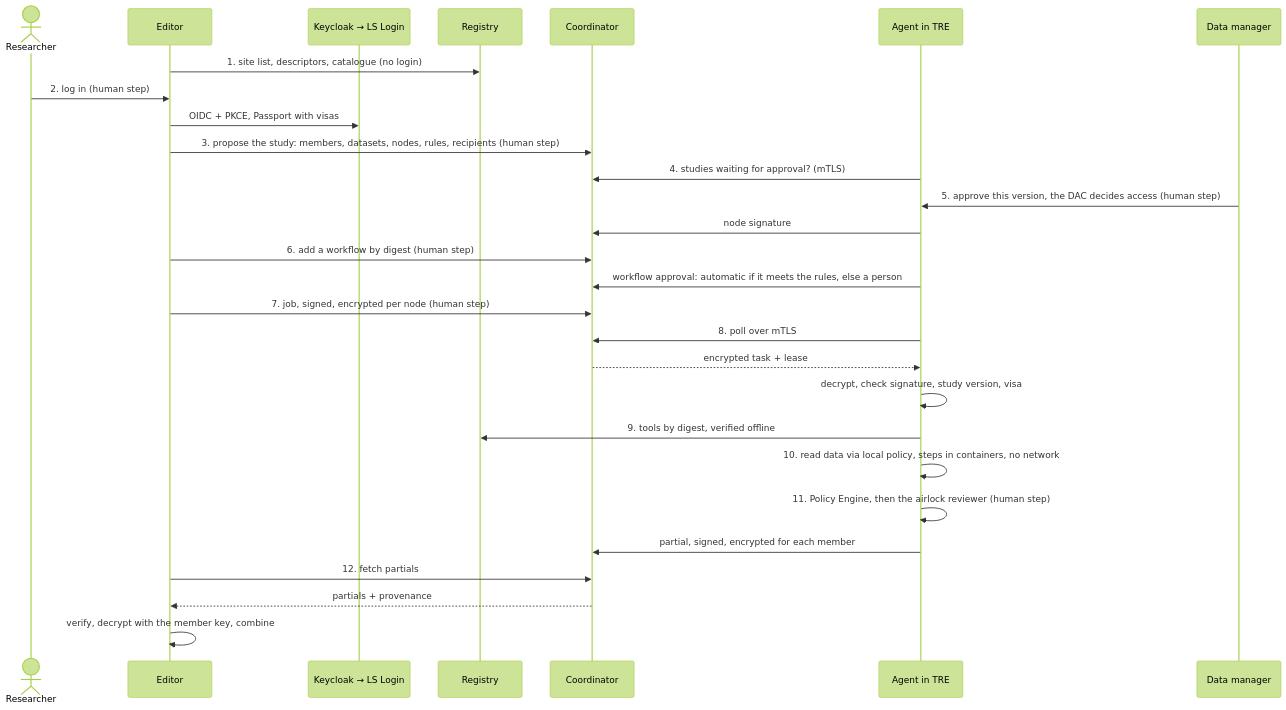
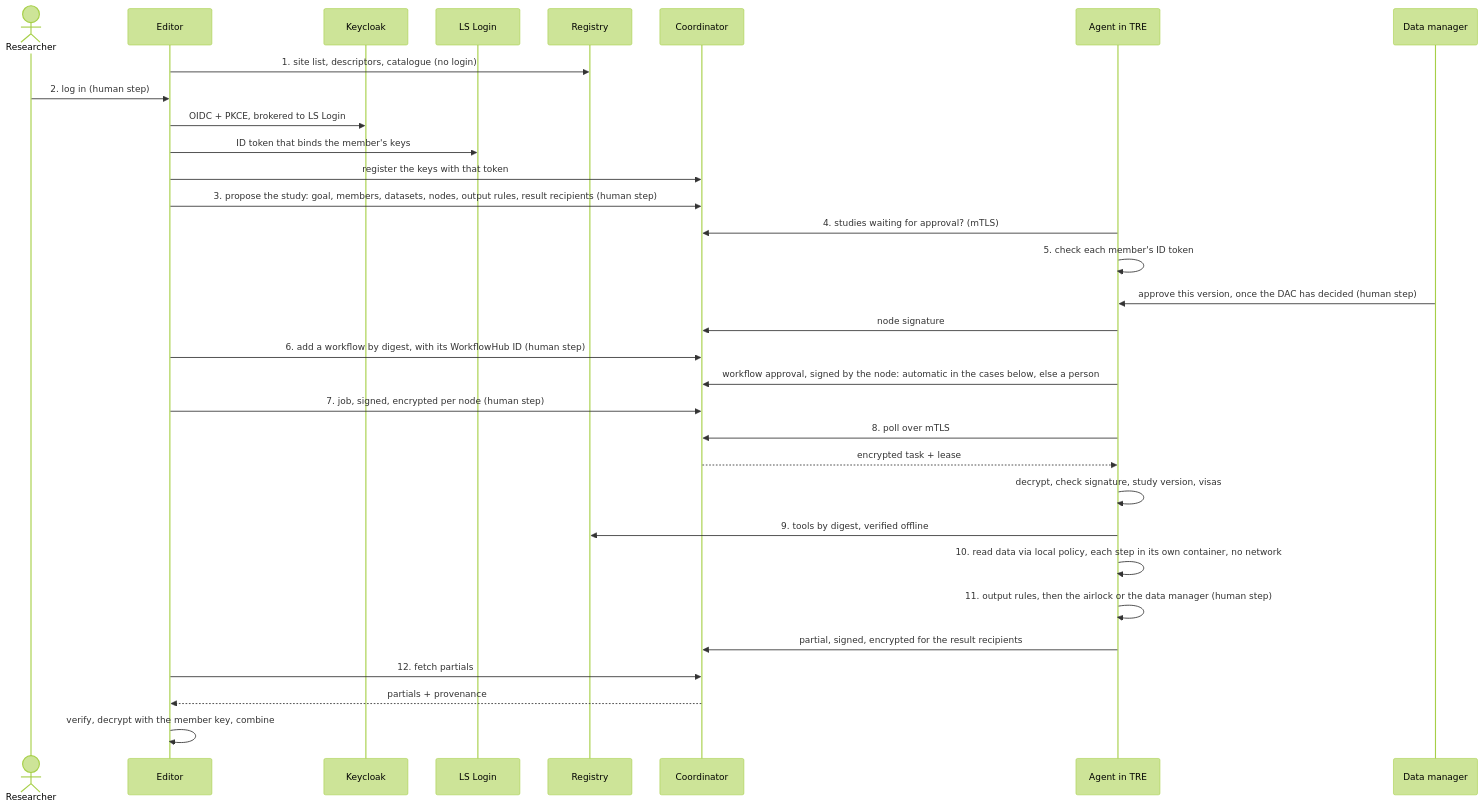
One commit to ieeta-pt/biochef-infra changed the second of 2 diagrams in docs/architecture.md. Above: the diagram before and after it, drawn with Mermaid (forest theme). The commit also changed other lines of this file and 13 other files, not shown here.

````diff
--- a/docs/architecture.md
+++ b/docs/architecture.md
@@ -64,30 +69,34 @@
 ```mermaid
 sequenceDiagram
   actor R as Researcher
   participant E as Editor
-  participant K as Keycloak → LS Login
+  participant K as Keycloak
+  participant L as LS Login
   participant G as Registry
   participant C as Coordinator
   participant A as Agent in TRE
   participant M as Data manager
   E->>G: 1. site list, descriptors, catalogue (no login)
   R->>E: 2. log in (human step)
-  E->>K: OIDC + PKCE, Passport with visas
-  E->>C: 3. propose the study: members, datasets, nodes, rules, recipients (human step)
+  E->>K: OIDC + PKCE, brokered to LS Login
+  E->>L: ID token that binds the member's keys
+  E->>C: register the keys with that token
+  E->>C: 3. propose the study: goal, members, datasets, nodes, output rules, result recipients (human step)
   A->>C: 4. studies waiting for approval? (mTLS)
-  M->>A: 5. approve this version, the DAC decides access (human step)
+  A->>A: 5. check each member's ID token
+  M->>A: approve this version, once the DAC has decided (human step)
   A->>C: node signature
-  E->>C: 6. add a workflow by digest (human step)
-  A->>C: workflow approval: automatic if it meets the rules, else a person
+  E->>C: 6. add a workflow by digest, with its WorkflowHub ID (human step)
+  A->>C: workflow approval, signed by the node: automatic in the cases below, else a person
   E->>C: 7. job, signed, encrypted per node (human step)
   A->>C: 8. poll over mTLS
   C-->>A: encrypted task + lease
-  A->>A: decrypt, check signature, study version, visa
+  A->>A: decrypt, check signature, study version, visas
   A->>G: 9. tools by digest, verified offline
-  A->>A: 10. read data via local policy, steps in containers, no network
-  A->>A: 11. Policy Engine, then the airlock reviewer (human step)
-  A->>C: partial, signed, encrypted for each member
+  A->>A: 10. read data via local policy, each step in its own container, no network
+  A->>A: 11. output rules, then the airlock or the data manager (human step)
+  A->>C: partial, signed, encrypted for the result recipients
   E->>C: 12. fetch partials
   C-->>E: partials + provenance
   E->>E: verify, decrypt with the member key, combine
 ```
````
